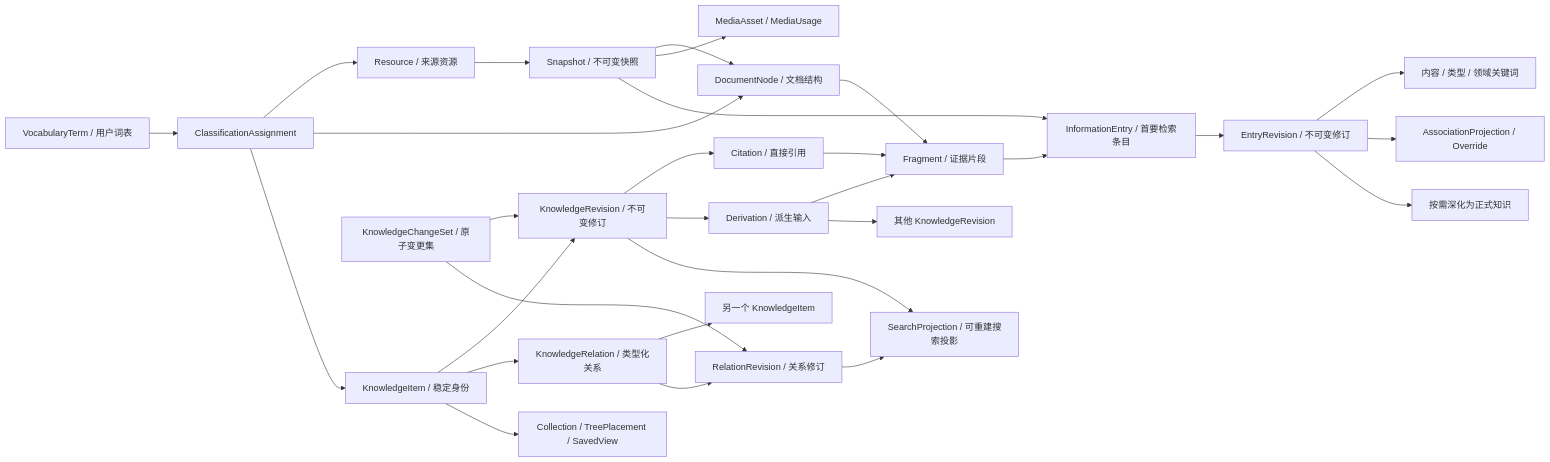
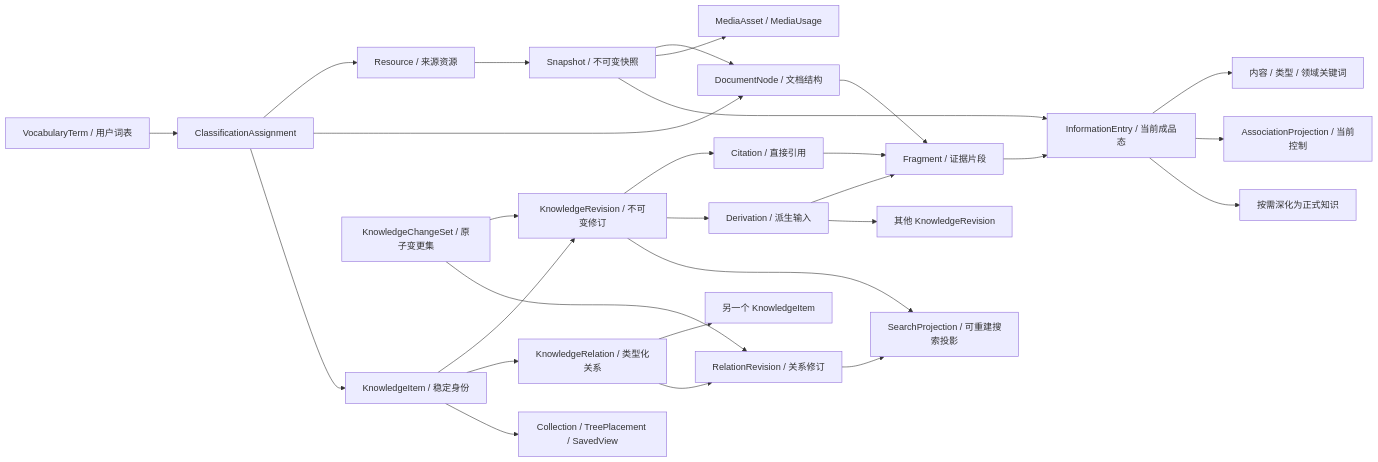
Before and after one commit to tntexploding/StruInfo: the diagram in docs/knowledge-core-architecture.md, drawn with Mermaid. The commit also changed other lines of this file and 100 other files, not shown here.

````diff
--- a/docs/knowledge-core-architecture.md
+++ b/docs/knowledge-core-architecture.md
@@ -44,37 +44,36 @@
 ```mermaid
 flowchart LR
   Resource["Resource / 来源资源"] --> Snapshot["Snapshot / 不可变快照"]
   Snapshot --> DocumentNode["DocumentNode / 文档结构"]
   DocumentNode --> Fragment["Fragment / 证据片段"]
   Snapshot --> Media["MediaAsset / MediaUsage"]
 
-  Snapshot --> Entry["InformationEntry / 首要检索条目"]
+  Snapshot --> Entry["InformationEntry / 当前成品态"]
   Fragment --> Entry
-  Entry --> EntryRevision["EntryRevision / 不可变修订"]
-  EntryRevision --> EntryKeywords["内容 / 类型 / 领域关键词"]
-  EntryRevision --> Association["AssociationProjection / Override"]
-  EntryRevision --> OptionalKnowledge["按需深化为正式知识"]
+  Entry --> EntryKeywords["内容 / 类型 / 领域关键词"]
+  Entry --> Association["AssociationProjection / 当前控制"]
+  Entry --> OptionalKnowledge["按需深化为正式知识"]
 
   Item["KnowledgeItem / 稳定身份"] --> Revision["KnowledgeRevision / 不可变修订"]
   Revision --> Citation["Citation / 直接引用"]
   Citation --> Fragment
   Revision --> Derivation["Derivation / 派生输入"]
   Derivation --> Fragment
   Derivation --> InputRevision["其他 KnowledgeRevision"]
 
   Item --> Relation["KnowledgeRelation / 类型化关系"]
   Relation --> OtherItem["另一个 KnowledgeItem"]
   Relation --> RelationRevision["RelationRevision / 关系修订"]
 
   Vocabulary["VocabularyTerm / 用户词表"] --> Classification["ClassificationAssignment"]
   Classification --> Resource
   Classification --> DocumentNode
   Classification --> Item
 
   ChangeSet["KnowledgeChangeSet / 原子变更集"] --> Revision
   ChangeSet --> RelationRevision
   Item --> Placement["Collection / TreePlacement / SavedView"]
 
   Revision --> SearchProjection["SearchProjection / 可重建搜索投影"]
   RelationRevision --> SearchProjection
 ```
````
